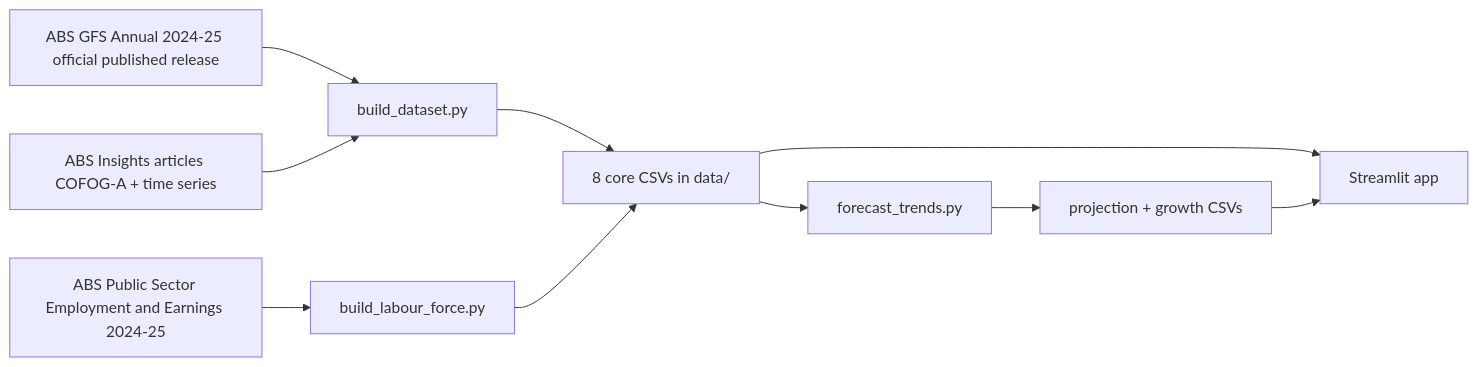
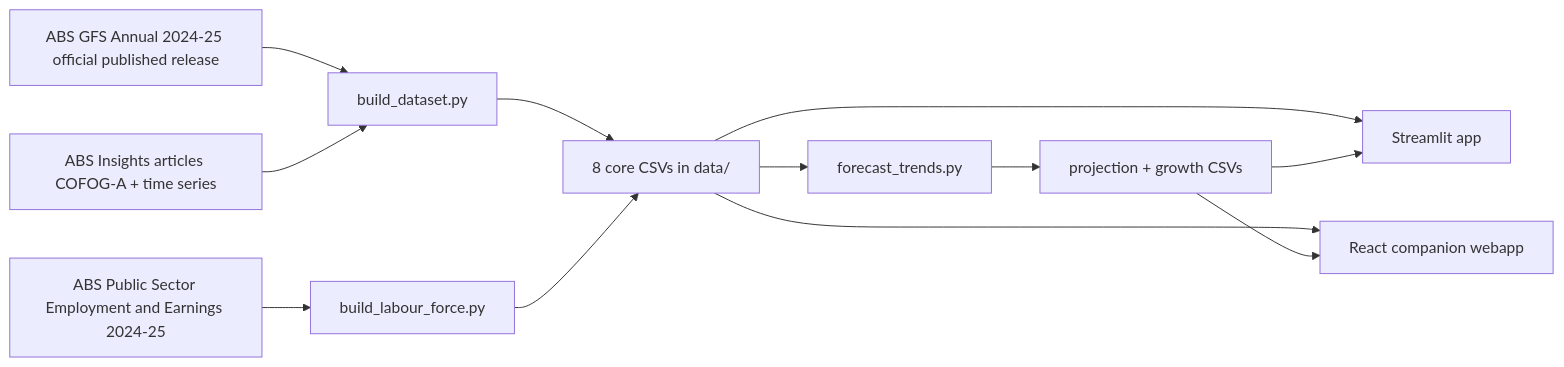
The diagram in README.md (fahadamjad009/govt-budget-transparency-dashboard), drawn with Mermaid before and after one commit. The commit also changed other lines of this file, not shown here.

Commit message:
Add React companion link and docs to README

````diff
--- a/README.md
+++ b/README.md
@@ -29,12 +32,14 @@
 ```mermaid
 flowchart LR
     A[ABS GFS Annual 2024-25 official published release] --> C[build_dataset.py]
     B[ABS Insights articles COFOG-A + time series] --> C
     L[ABS Public Sector Employment and Earnings 2024-25] --> M[build_labour_force.py]
     C --> D[8 core CSVs in data/]
     M --> D
     D --> E[forecast_trends.py]
     E --> F[projection + growth CSVs]
     D --> G[Streamlit app]
     F --> G
+    D --> H[React companion webapp]
+    F --> H
 ```
````
